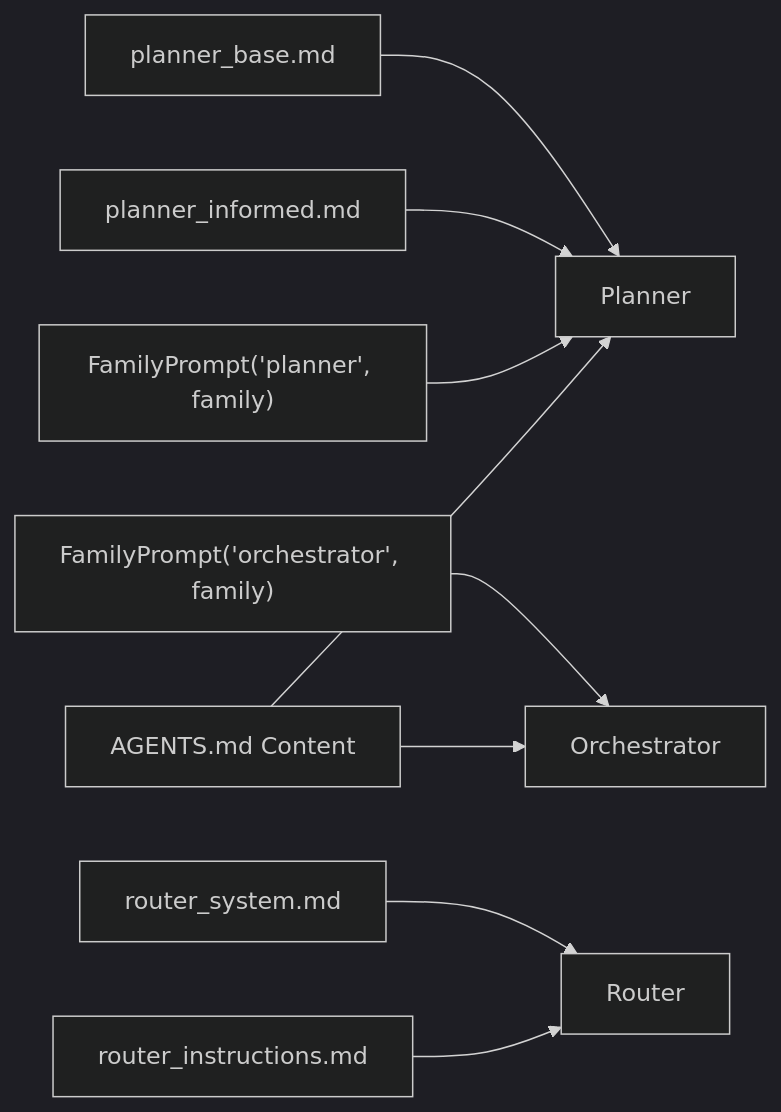
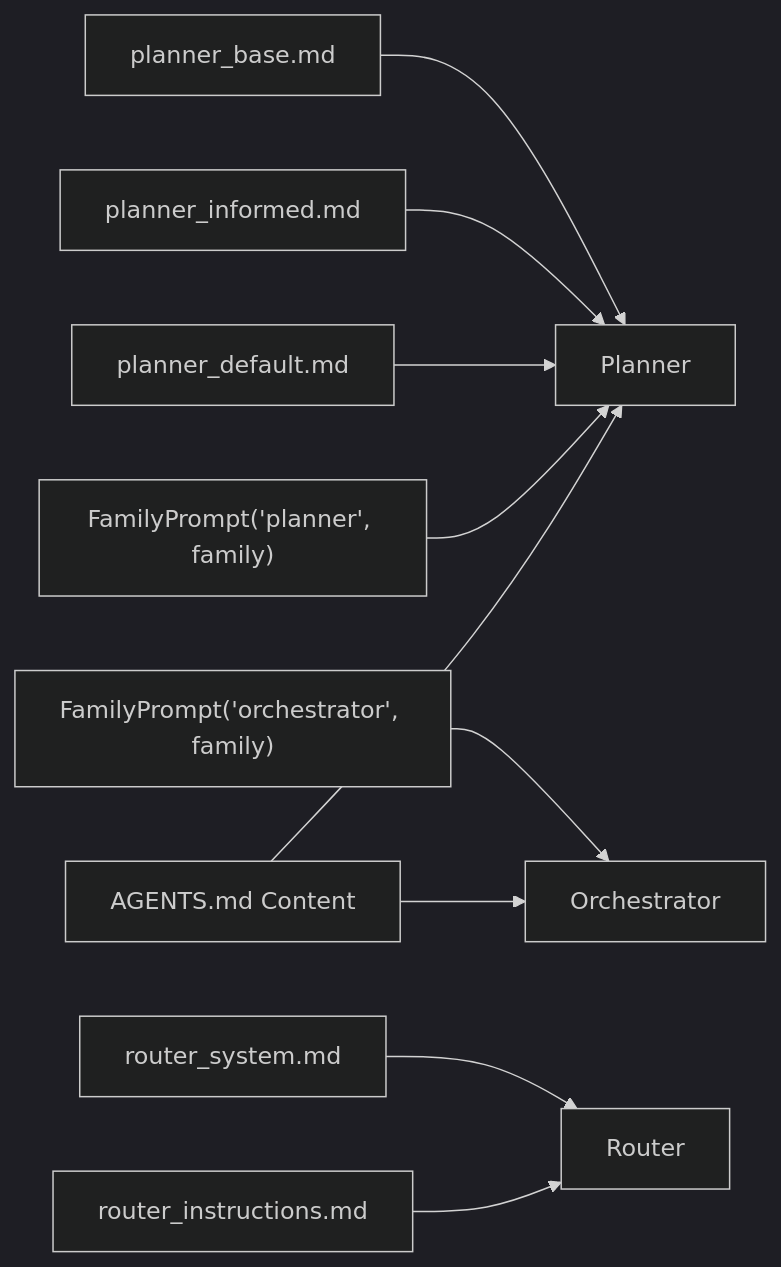
One commit to v0lka/c0wrk changed the sixth of 10 diagrams in .qoder/repowiki/en/content/Core AI Engine/Planner System.md. Above: the diagram before and after it, drawn with Mermaid (dark theme). The commit also changed other lines of this file and 25 other files, not shown here.

````diff
--- a/.qoder/repowiki/en/content/Core AI Engine/Planner System.md
+++ b/.qoder/repowiki/en/content/Core AI Engine/Planner System.md
@@ -299,11 +302,12 @@
 ```mermaid
 graph LR
 PB["planner_base.md"] --> Planner["Planner"]
 PI["planner_informed.md"] --> Planner
+PD["planner_default.md"] --> Planner
 RS["router_system.md"] --> Router["Router"]
 RI["router_instructions.md"] --> Router
 FP["FamilyPrompt('planner', family)"] --> Planner
 FR["FamilyPrompt('orchestrator', family)"] --> Orchestrator["Orchestrator"]
 AMD["AGENTS.md Content"] --> Planner
 AMD --> Orchestrator
 ```
````
